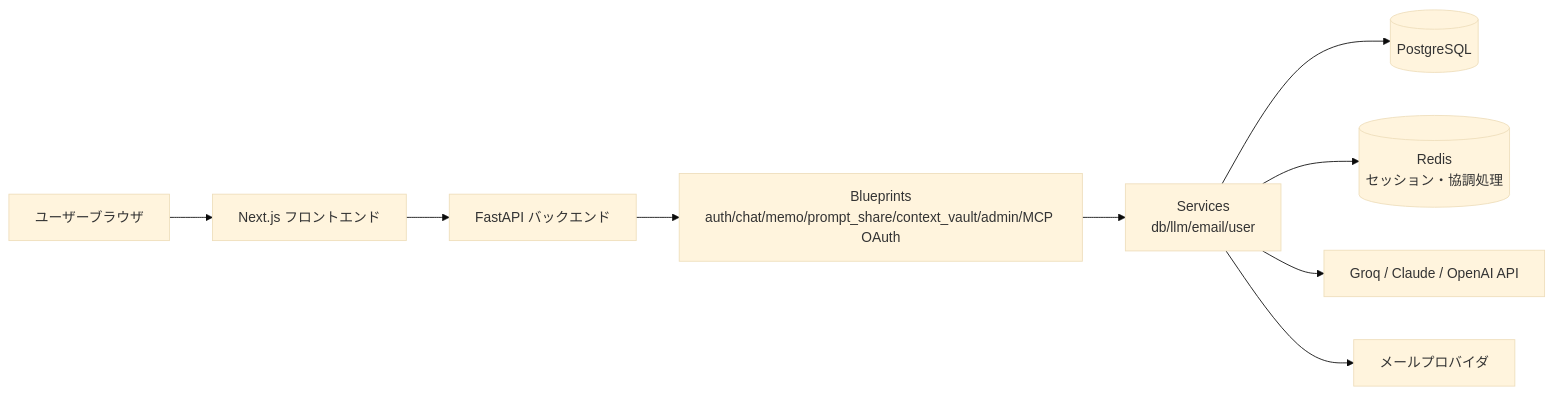
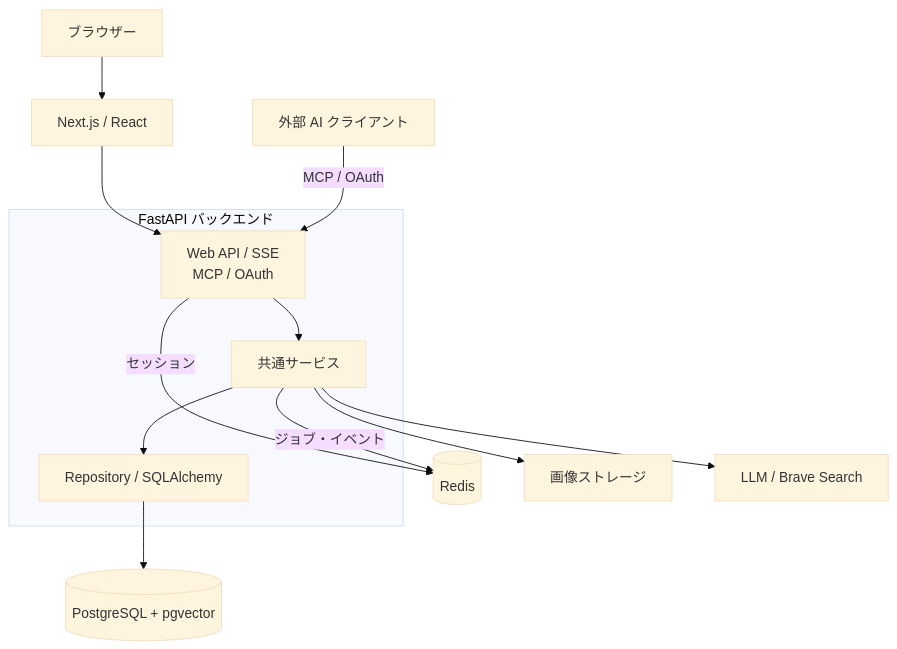
Before and after one commit to kota-kawa/ChatCore-AI: the first of 2 diagrams in README.md, drawn with Mermaid (base theme). The commit also changed other lines of this file, not shown here.

Commit message:
READMEを設計と機能が伝わる紹介資料に更新 / Showcase product and architecture in README (#820)

````diff
--- a/README.md
+++ b/README.md
@@ -341,19 +56,25 @@
 ```mermaid
-flowchart LR
-    U[ユーザーブラウザ]
-    FE[Next.js フロントエンド]
-    API[FastAPI バックエンド]
-    BP[Blueprints<br/>auth/chat/memo/prompt_share/context_vault/admin/MCP OAuth]
-    SV[Services<br/>db/llm/email/user]
-    DB[(PostgreSQL)]
-    RD[(Redis<br/>セッション・協調処理)]
-    LLM[Groq / Claude / OpenAI API]
-    EM[メールプロバイダ]
+flowchart TB
+    Browser[ブラウザー]
+    Client[外部 AI クライアント]
+    Frontend[Next.js / React]
 
-    U --> FE --> API
-    API --> BP --> SV
-    SV --> DB
-    SV --> RD
-    SV --> LLM
-    SV --> EM
+    subgraph Backend[FastAPI バックエンド]
+        API[Web API / SSE<br/>MCP / OAuth]
+        Services[共通サービス]
+        Repo[Repository / SQLAlchemy]
+    end
+
+    PG[(PostgreSQL + pgvector)]
+    Redis[(Redis)]
+    Files[画像ストレージ]
+    External[LLM / Brave Search]
+
+    Browser --> Frontend --> API
+    Client -->|MCP / OAuth| API
+    API --> Services --> Repo --> PG
+    API -->|セッション| Redis
+    Services -->|ジョブ・イベント| Redis
+    Services --> Files
+    Services --> External
 ```
````
